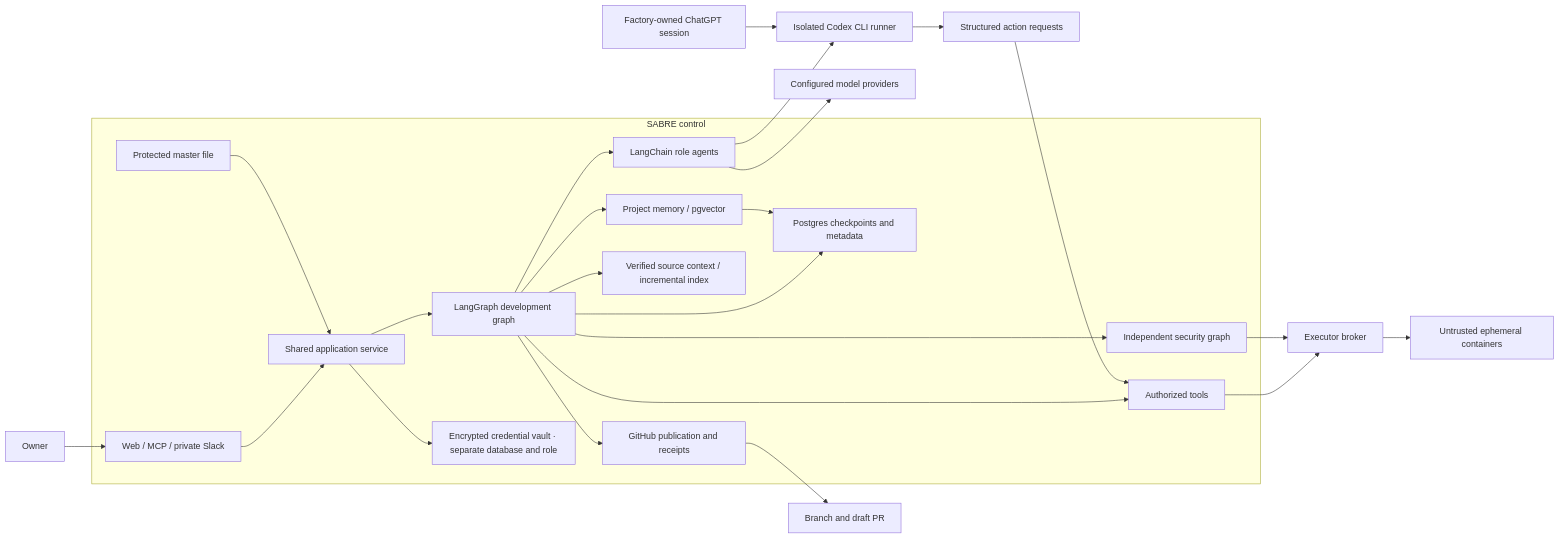
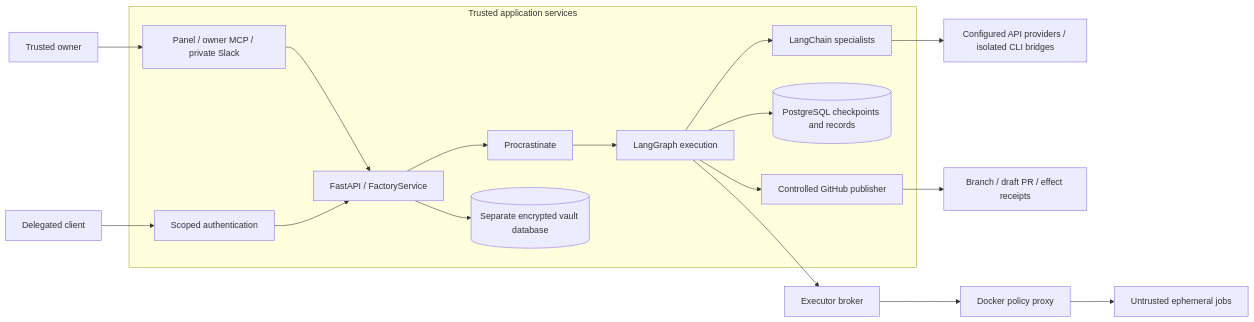
Before and after one commit to Altitud-Studio-S-L-U/sabre-factory: the diagram in docs/architecture.md, drawn with Mermaid. The commit also changed other lines of this file and 38 other files, not shown here.

````diff
--- a/docs/architecture.md
+++ b/docs/architecture.md
@@ -7,27 +7,20 @@
 ```mermaid
 flowchart LR
-  Owner --> Channels[Web / MCP / private Slack]
-  subgraph Trusted[SABRE control]
-    Channels --> API[Shared application service]
-    API --> Graph[LangGraph development graph]
-    Graph --> Roles[LangChain role agents]
-    Graph --> Security[Independent security graph]
-    Graph --> DB[Postgres checkpoints and metadata]
-    Graph --> Memory[Project memory / pgvector]
-    Memory --> DB
-    Graph --> Context[Verified source context / incremental index]
-    Graph --> Tools[Authorized tools]
-    Graph --> Publisher[GitHub publication and receipts]
-    API --> Vault[Encrypted credential vault · separate database and role]
-    Master[Protected master file] --> API
+  Owner[Trusted owner] --> Channels[Panel / owner MCP / private Slack]
+  Delegate[Delegated client] --> Grants[Scoped authentication]
+  subgraph Control[Trusted application services]
+    Channels --> API[FastAPI / FactoryService]
+    Grants --> API
+    API --> Queue[Procrastinate]
+    Queue --> Graph[LangGraph execution]
+    Graph --> Agents[LangChain specialists]
+    Graph --> DB[(PostgreSQL checkpoints and records)]
+    API --> Vault[(Separate encrypted vault database)]
+    Graph --> Publisher[Controlled GitHub publisher]
   end
-  Roles --> Providers[Configured model providers]
-  Roles --> CLI[Isolated Codex CLI runner]
-  Auth[Factory-owned ChatGPT session] --> CLI
-  CLI --> Requests[Structured action requests]
-  Requests --> Tools
-  Tools --> Broker[Executor broker]
-  Broker --> Jobs[Untrusted ephemeral containers]
-  Security --> Broker
-  Publisher --> Draft[Branch and draft PR]
+  Agents --> Providers[Configured API providers / isolated CLI bridges]
+  Graph --> Broker[Executor broker]
+  Broker --> Proxy[Docker policy proxy]
+  Proxy --> Jobs[Untrusted ephemeral jobs]
+  Publisher --> Draft[Branch / draft PR / effect receipts]
 ```
````
